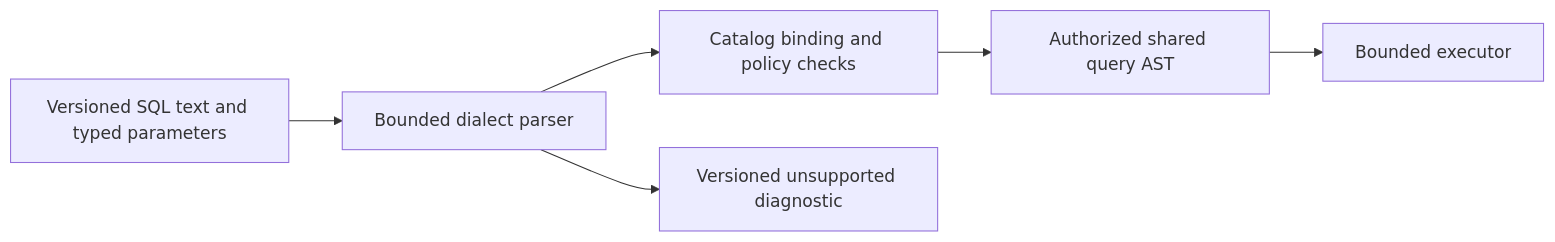
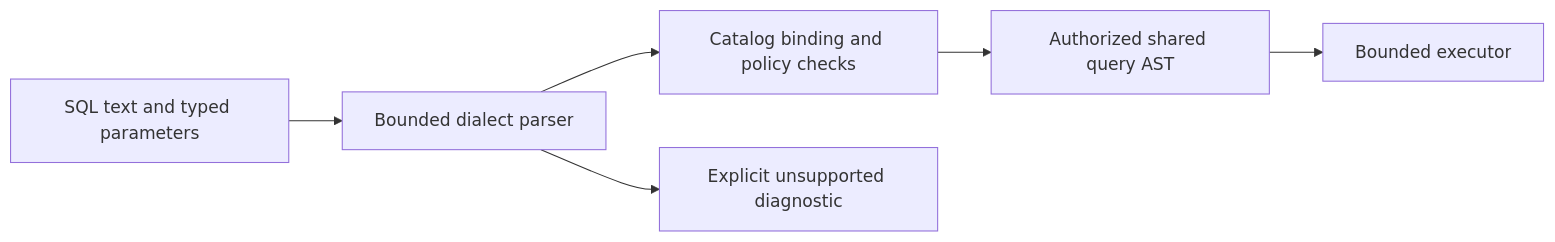
Before and after one commit to managedcode/KeyLoad: the diagram in docs/ADR/ADR-012-sql-dialect.md, drawn with Mermaid. The commit also changed other lines of this file and 856 other files, not shown here.

````diff
--- a/docs/ADR/ADR-012-sql-dialect.md
+++ b/docs/ADR/ADR-012-sql-dialect.md
@@ -31,8 +31,8 @@
 ```mermaid
 flowchart LR
-    SQL[Versioned SQL text and typed parameters] --> Parser[Bounded dialect parser]
+    SQL[SQL text and typed parameters] --> Parser[Bounded dialect parser]
     Parser --> Binder[Catalog binding and policy checks]
     Binder --> AST[Authorized shared query AST]
     AST --> Planner[Bounded executor]
-    Parser --> Unsupported[Versioned unsupported diagnostic]
+    Parser --> Unsupported[Explicit unsupported diagnostic]
 ```
````
